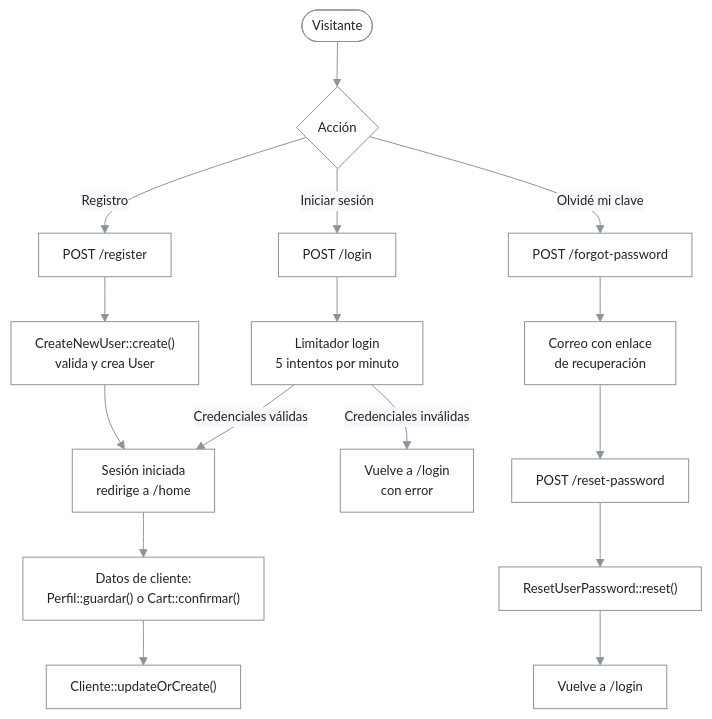
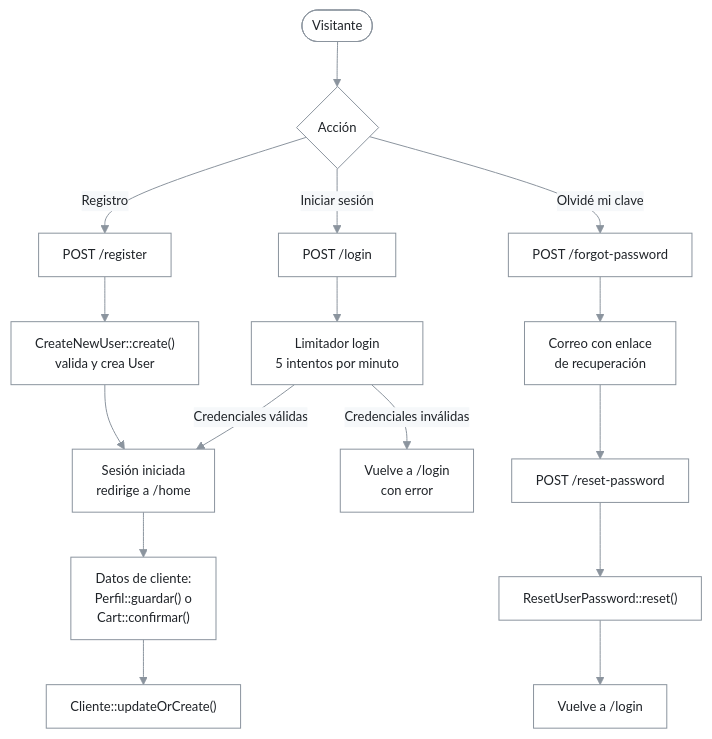
One commit to Ipolari2645/prueba changed the diagram in docs/tecnica/02-modulos/04-autenticacion-fortify.md. Above: the diagram before and after it, drawn with Mermaid. The commit also changed other lines of this file and 15 other files, not shown here.

````diff
--- a/docs/tecnica/02-modulos/04-autenticacion-fortify.md
+++ b/docs/tecnica/02-modulos/04-autenticacion-fortify.md
@@ -65,23 +61,23 @@
 ```mermaid
 %%{init: {"theme":"base","themeVariables":{"fontFamily":"Arial, Helvetica, sans-serif","fontSize":"13px","lineColor":"#8b949e","arrowheadColor":"#8b949e","primaryColor":"#ffffff","primaryTextColor":"#1f2328","primaryBorderColor":"#8b949e","clusterBkg":"#f6f8fa","clusterBorder":"#8b949e","titleColor":"#1f2328","edgeLabelBackground":"#f6f8fa"},"flowchart":{"htmlLabels":true,"padding":12,"wrappingWidth":210,"nodeSpacing":35,"rankSpacing":45}}}%%
 flowchart TD
     A(["Visitante"]) --> B{"Acción"}
 
     B -->|"Registro"| C["POST /register"]
     C --> D["CreateNewUser::create()<br/>valida y crea User"]
     D --> E["Sesión iniciada<br/>redirige a /home"]
 
     B -->|"Iniciar sesión"| F["POST /login"]
     F --> G["Limitador login<br/>5 intentos por minuto"]
     G -->|"Credenciales válidas"| E
     G -->|"Credenciales inválidas"| H["Vuelve a /login<br/>con error"]
 
     B -->|"Olvidé mi clave"| I["POST /forgot-password"]
     I --> J["Correo con enlace<br/>de recuperación"]
     J --> K["POST /reset-password"]
     K --> L["ResetUserPassword::reset()"]
     L --> M["Vuelve a /login"]
 
-    E --> N["Datos de cliente:<br/>Perfil::guardar() o Cart::confirmar()"]
+    E --> N["Datos de cliente:<br/>Perfil::guardar() o<br/>Cart::confirmar()"]
     N --> O["Cliente::updateOrCreate()"]
 ```
````
